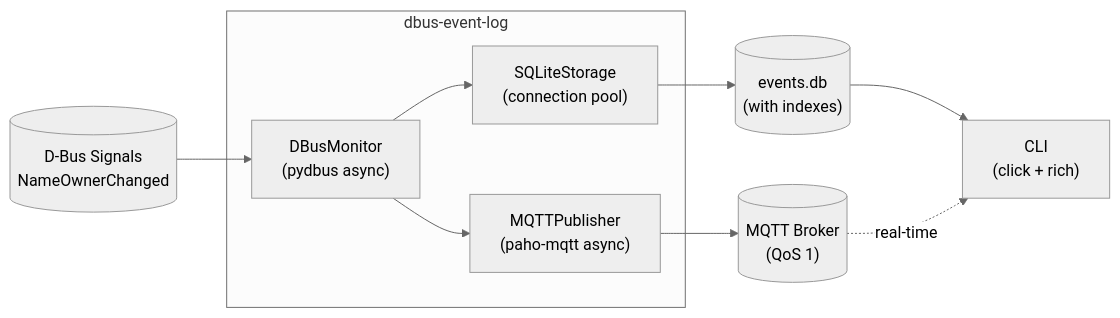
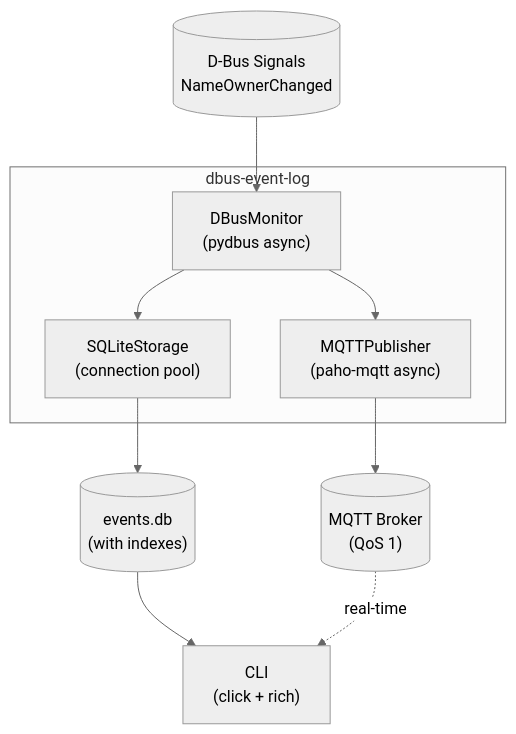
Before and after one commit to victron-venus/dbus-event-log: the second of 2 diagrams in README.md, drawn with Mermaid (neutral theme).

````diff
--- a/README.md
+++ b/README.md
@@ -222,21 +222,21 @@
 ```mermaid
-flowchart LR
+flowchart TB
     subgraph "dbus-event-log"
         DBusMonitor["DBusMonitor<br/>(pydbus async)"]
         SQLiteStorage["SQLiteStorage<br/>(connection pool)"]
         MQTTPublisher["MQTTPublisher<br/>(paho-mqtt async)"]
     end
 
     DBusSignals[("D-Bus Signals<br/>NameOwnerChanged")]
     EventsDB[("events.db<br/>(with indexes)")]
     MQTTBroker[("MQTT Broker<br/>(QoS 1)")]
     CLI["CLI<br/>(click + rich)"]
 
     DBusSignals --> DBusMonitor
     DBusMonitor --> SQLiteStorage
     DBusMonitor --> MQTTPublisher
     SQLiteStorage --> EventsDB
     MQTTPublisher --> MQTTBroker
     EventsDB --> CLI
     MQTTBroker -.->|real-time| CLI
 ```
````
